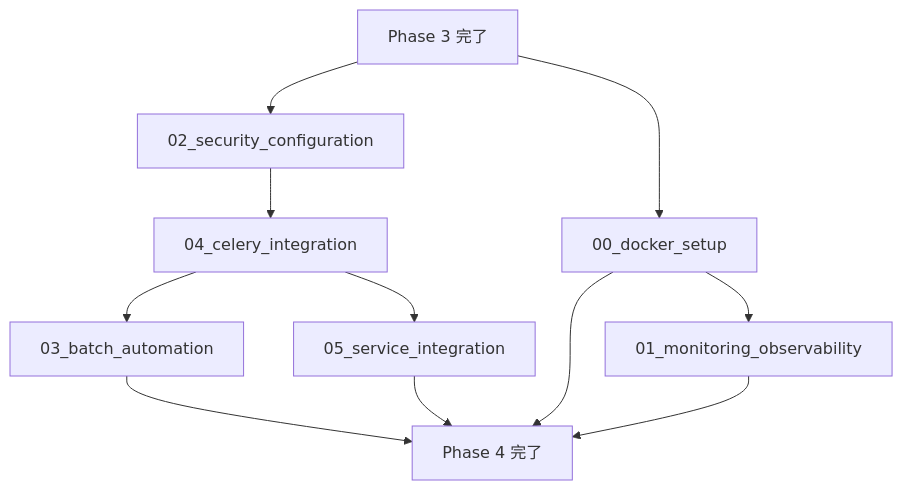
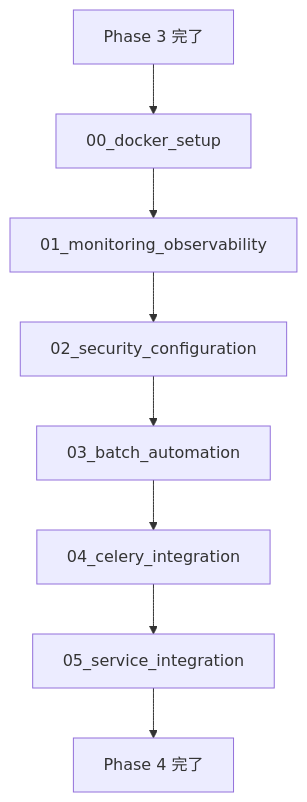
One commit to tsuji-tomonori/ref-net changed the diagram in docs/tasks/phase_04/README.md. Above: the diagram before and after it, drawn with Mermaid. The commit also changed other lines of this file, not shown here.

First line of the commit message:
fix(docs): Phase 4実行順序をシンプルな順次実行に変更

````diff
--- a/docs/tasks/phase_04/README.md
+++ b/docs/tasks/phase_04/README.md
@@ -28,15 +28,10 @@
 ```mermaid
 graph TD
-    A[Phase 3 完了] --> C[02_security_configuration]
-    C --> E[04_celery_integration]
-    E --> F[03_batch_automation]
-    E --> G[05_service_integration]
-
-    A --> B[00_docker_setup]
-    B --> D[01_monitoring_observability]
-
-    F --> H[Phase 4 完了]
-    G --> H
-    B --> H
-    D --> H
+    A[Phase 3 完了] --> B[00_docker_setup]
+    B --> C[01_monitoring_observability]
+    C --> D[02_security_configuration]
+    D --> E[03_batch_automation]
+    E --> F[04_celery_integration]
+    F --> G[05_service_integration]
+    G --> H[Phase 4 完了]
 ```
````
